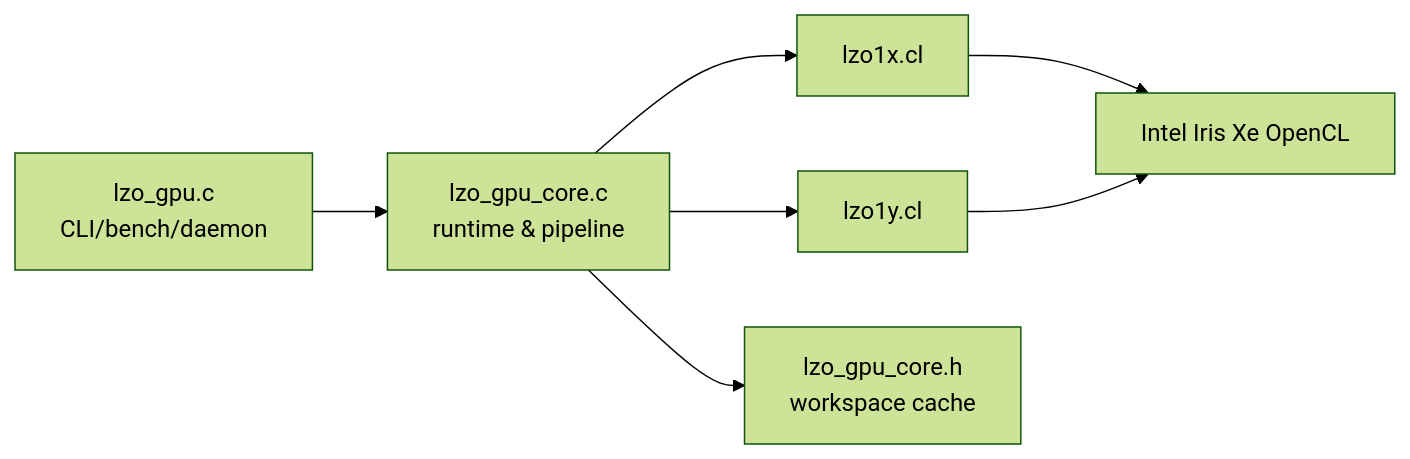
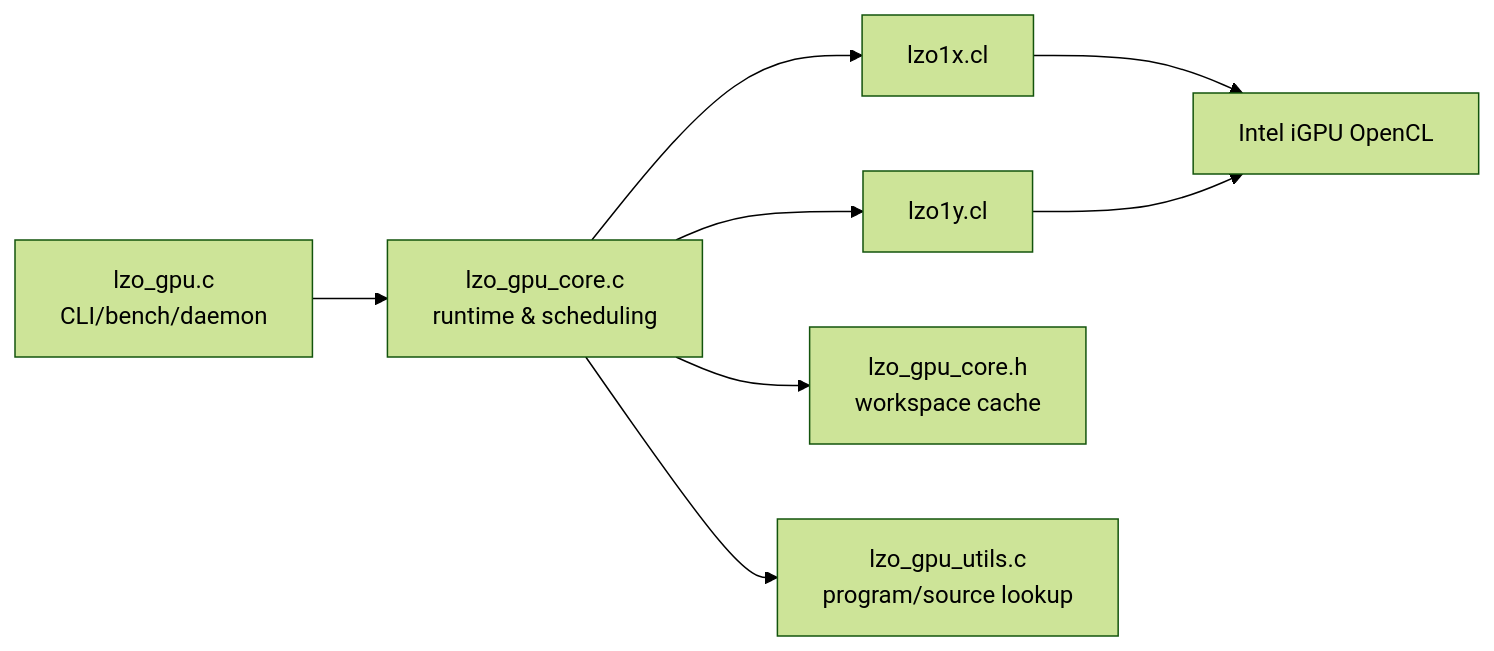
Before and after one commit to obsidian0215/lzo-2.10: the first of 3 diagrams in lzo_gpu/PERFORMANCE_SUMMARY.md, drawn with Mermaid (forest theme). The commit also changed other lines of this file and 22 other files, not shown here.

````diff
--- a/lzo_gpu/PERFORMANCE_SUMMARY.md
+++ b/lzo_gpu/PERFORMANCE_SUMMARY.md
@@ -66,9 +49,10 @@
 ```mermaid
 flowchart LR
-    A[lzo_gpu.c<br/>CLI/bench/daemon] --> B[lzo_gpu_core.c<br/>runtime & pipeline]
+    A[lzo_gpu.c<br/>CLI/bench/daemon] --> B[lzo_gpu_core.c<br/>runtime & scheduling]
     B --> C[lzo1x.cl]
     B --> D[lzo1y.cl]
     B --> E[lzo_gpu_core.h<br/>workspace cache]
-    C --> F[Intel Iris Xe OpenCL]
-    D --> F
+    B --> F[lzo_gpu_utils.c<br/>program/source lookup]
+    C --> G[Intel iGPU OpenCL]
+    D --> G
 ```
````
